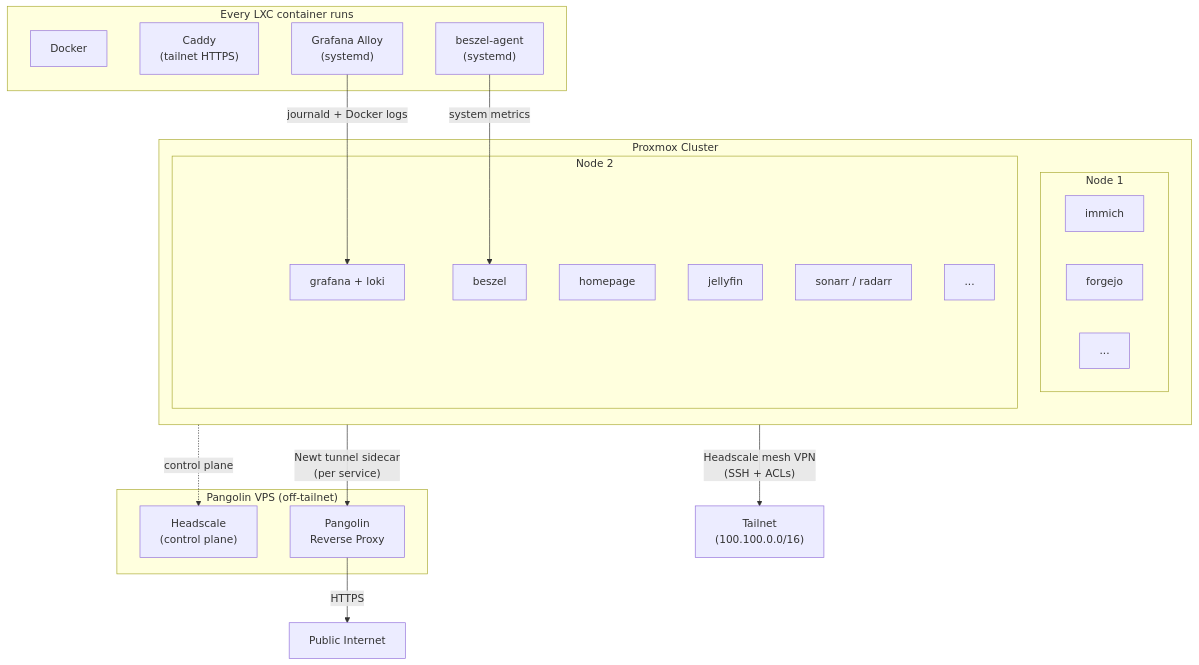
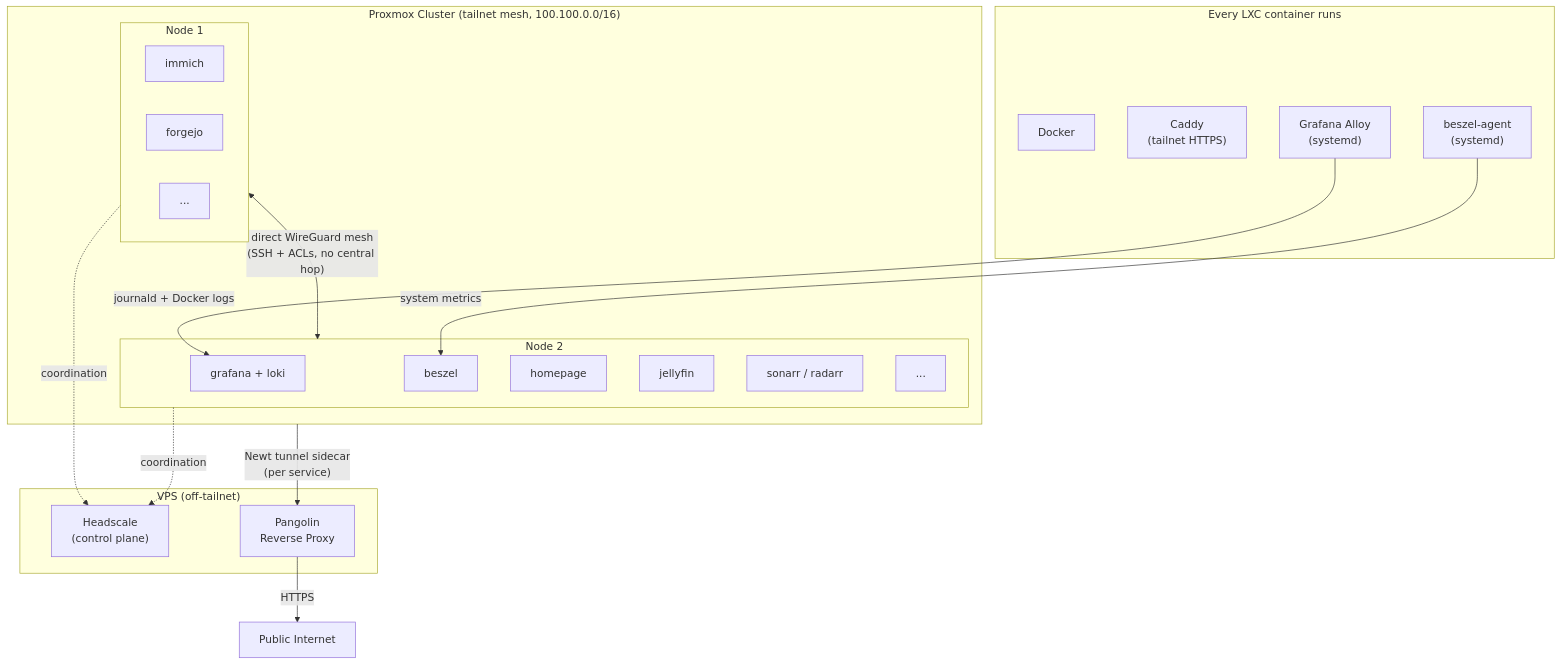
One commit to davegallant/homelab changed the diagram in README.md. Above: the diagram before and after it, drawn with Mermaid.

Commit message:
docs: clarify Proxmox tailnet mesh topology

````diff
--- a/README.md
+++ b/README.md
@@ -14,38 +14,39 @@
 ```mermaid
 graph TD
-    subgraph VPS["Pangolin VPS (off-tailnet)"]
+    subgraph VPS["VPS (off-tailnet)"]
         headscale["Headscale\n(control plane)"]
         pangolin["Pangolin\nReverse Proxy"]
     end
 
-    subgraph Proxmox["Proxmox Cluster"]
+    subgraph Proxmox["Proxmox Cluster (tailnet mesh, 100.100.0.0/16)"]
         subgraph N1["Node 1"]
             immich["immich"]
             forgejo["forgejo"]
             n1etc["..."]
         end
         subgraph N2["Node 2"]
             grafana["grafana + loki"]
             beszel["beszel"]
             homepage["homepage"]
             jellyfin["jellyfin"]
             sonarr["sonarr / radarr"]
             n2etc["..."]
         end
+        N1 <-->|"direct WireGuard mesh\n(SSH + ACLs, no central hop)"| N2
     end
 
-    Proxmox -->|"Headscale mesh VPN\n(SSH + ACLs)"| ts["Tailnet\n(100.100.0.0/16)"]
-    Proxmox -.->|"control plane"| headscale
+    N1 -.->|"coordination"| headscale
+    N2 -.->|"coordination"| headscale
     Proxmox -->|"Newt tunnel sidecar\n(per service)"| pangolin
     pangolin -->|"HTTPS"| internet["Public Internet"]
 
     subgraph PerHost["Every LXC container runs"]
         docker["Docker"]
         caddy["Caddy\n(tailnet HTTPS)"]
         alloy["Grafana Alloy\n(systemd)"]
         beszelagent["beszel-agent\n(systemd)"]
     end
 
     alloy -->|"journald + Docker logs"| grafana
     beszelagent -->|"system metrics"| beszel
 ```
````
